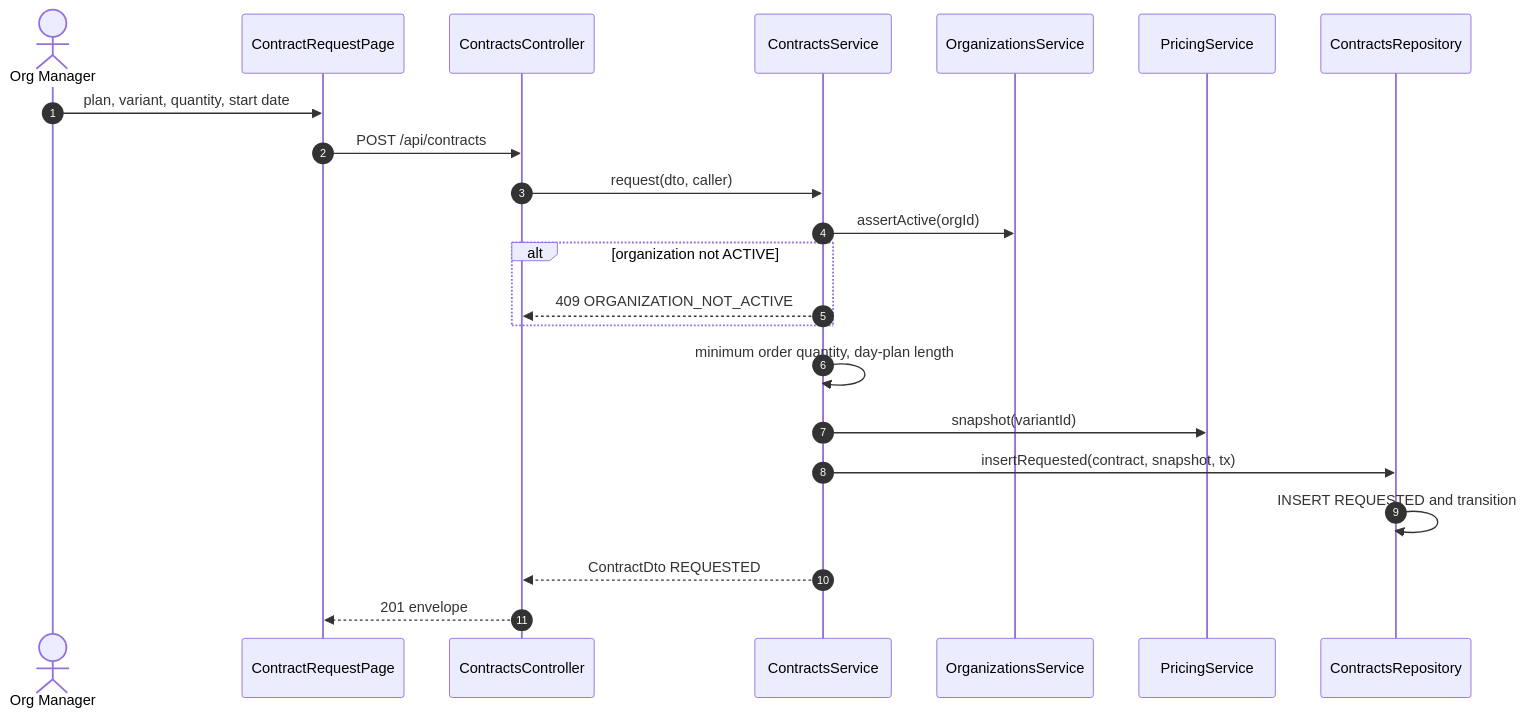
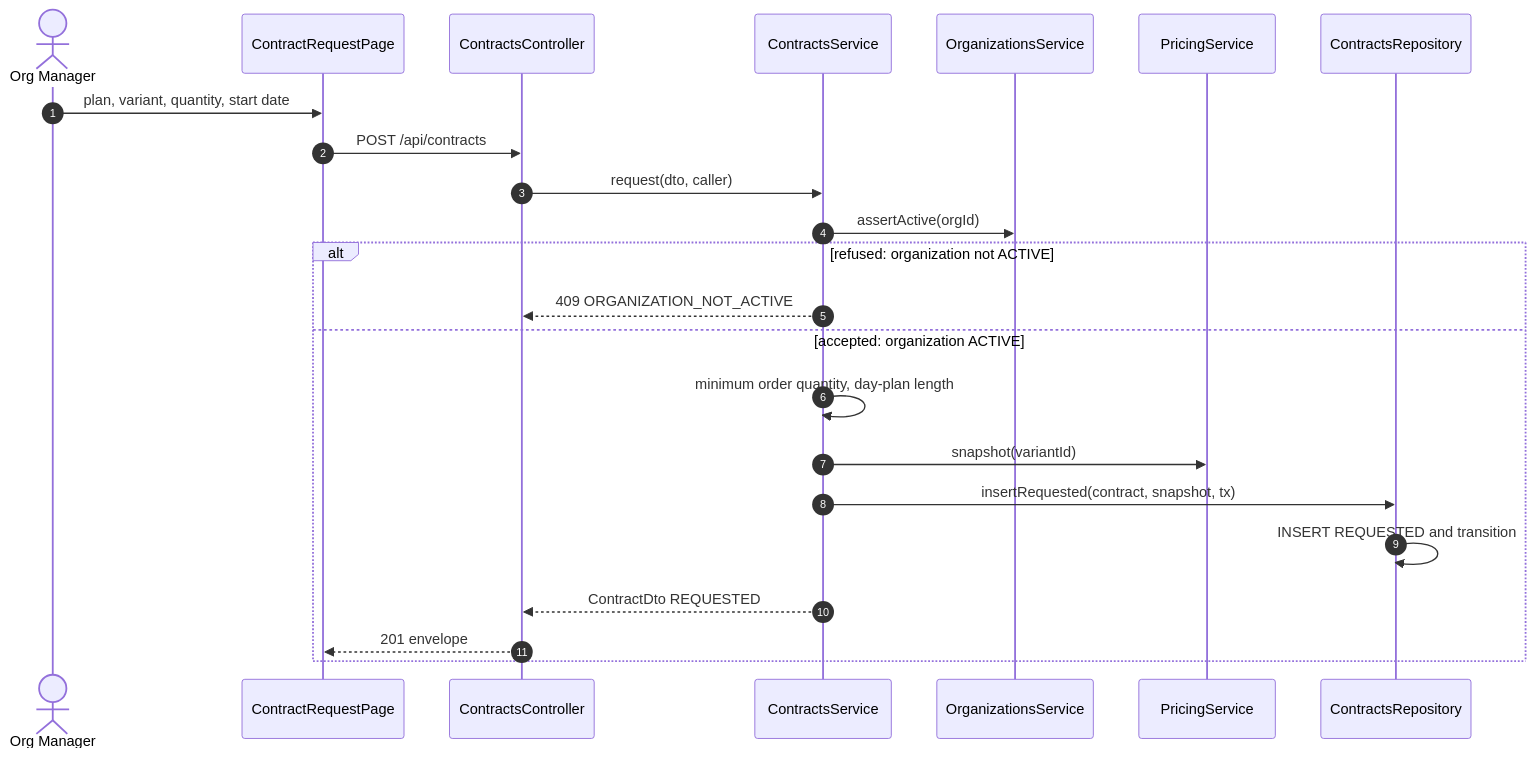
One commit to TrekLink-Team/treklink-web changed the fifth of 11 diagrams in specs/rentals/design.md. Above: the diagram before and after it, drawn with Mermaid. The commit also changed other lines of this file and 39 other files, not shown here.

First line of the commit message:
docs: design periodic maintenance (D-047) and apply the SDD sequence conventions

````diff
--- a/specs/rentals/design.md
+++ b/specs/rentals/design.md
@@ -284,24 +284,25 @@
 ```mermaid
 sequenceDiagram
     autonumber
     actor M as Org Manager
     participant P as ContractRequestPage
     participant C as ContractsController
     participant S as ContractsService
     participant O as OrganizationsService
     participant Pr as PricingService
     participant R as ContractsRepository
     M->>P: plan, variant, quantity, start date
     P->>C: POST /api/contracts
     C->>S: request(dto, caller)
     S->>O: assertActive(orgId)
-    alt organization not ACTIVE
+    alt refused: organization not ACTIVE
         S-->>C: 409 ORGANIZATION_NOT_ACTIVE
+    else accepted: organization ACTIVE
+        S->>S: minimum order quantity, day-plan length
+        S->>Pr: snapshot(variantId)
+        S->>R: insertRequested(contract, snapshot, tx)
+        R->>R: INSERT REQUESTED and transition
+        S-->>C: ContractDto REQUESTED
+        C-->>P: 201 envelope
     end
-    S->>S: minimum order quantity, day-plan length
-    S->>Pr: snapshot(variantId)
-    S->>R: insertRequested(contract, snapshot, tx)
-    R->>R: INSERT REQUESTED and transition
-    S-->>C: ContractDto REQUESTED
-    C-->>P: 201 envelope
 ```
````
